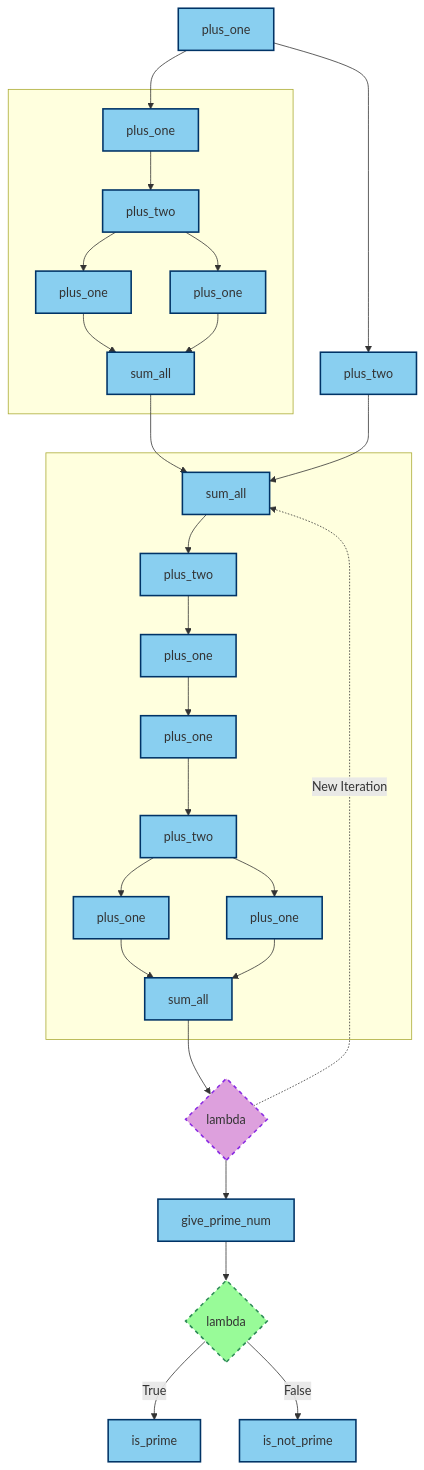
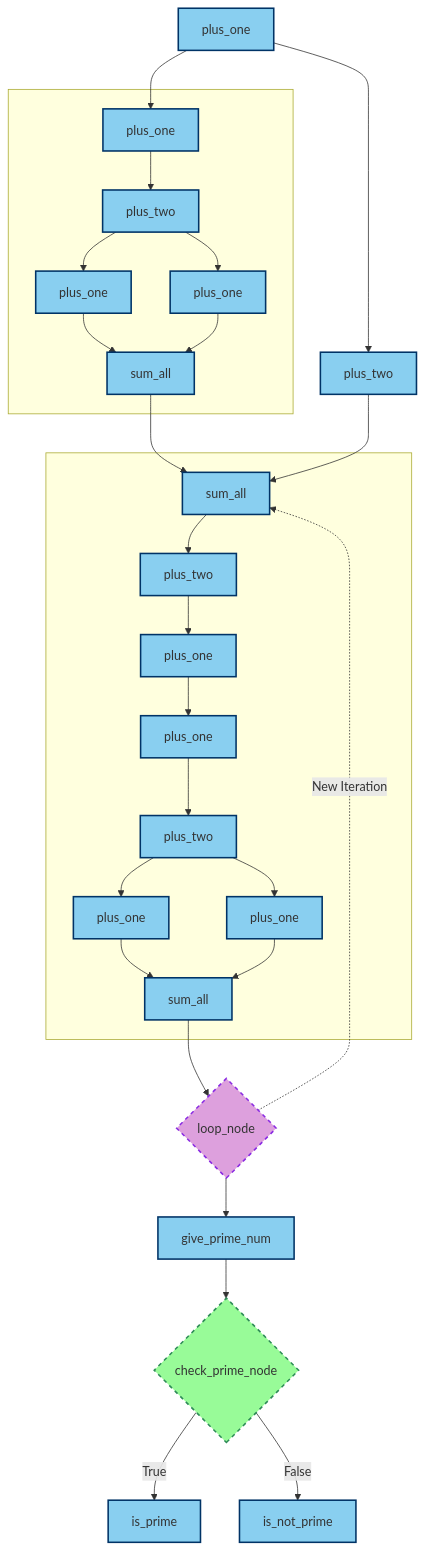
Before and after one commit to lf-data/streamgraph: the third of 3 diagrams in README.md, drawn with Mermaid. The commit also changed other lines of this file and 2 other files, not shown here.

Commit message:
added decorator for if and loop node, fixed readme file #7

````diff
--- a/README.md
+++ b/README.md
@@ -153,54 +163,54 @@
 ```mermaid
 flowchart TB;
 plus_one248[plus_one]:::rectangle;
 subgraph " ";
 plus_one251[plus_one]:::rectangle;
 plus_two252[plus_two]:::rectangle;
 plus_one251 --> plus_two252;
 plus_one254[plus_one]:::rectangle;
 plus_one255[plus_one]:::rectangle;
 plus_two252 --> plus_one254;
 plus_two252 --> plus_one255;
 sum_all256[sum_all]:::rectangle;
 plus_one254 --> sum_all256;
 plus_one255 --> sum_all256;
 end;
 plus_two257[plus_two]:::rectangle;
 plus_one248 --> plus_one251;
 plus_one248 --> plus_two257;
 subgraph " ";
 sum_all260[sum_all]:::rectangle;
 plus_two261[plus_two]:::rectangle;
 sum_all260 --> plus_two261;
 plus_one262[plus_one]:::rectangle;
 plus_two261 --> plus_one262;
 plus_one263[plus_one]:::rectangle;
 plus_one262 --> plus_one263;
 plus_two264[plus_two]:::rectangle;
 plus_one263 --> plus_two264;
 plus_one266[plus_one]:::rectangle;
 plus_one267[plus_one]:::rectangle;
 plus_two264 --> plus_one266;
 plus_two264 --> plus_one267;
 sum_all268[sum_all]:::rectangle;
 plus_one266 --> sum_all268;
 plus_one267 --> sum_all268;
 end;
 sum_all256 --> sum_all260;
 plus_two257 --> sum_all260;
-lambda258{lambda}:::diamond_loop;
-sum_all268 --> lambda258;
-lambda258 -. New Iteration .-> sum_all260;
+loop_node258{loop_node}:::diamond_loop;
+sum_all268 --> loop_node258;
+loop_node258 -. New Iteration .-> sum_all260;
 give_prime_num269[give_prime_num]:::rectangle;
-lambda258 --> give_prime_num269;
-lambda270{lambda}:::diamond;
-lambda270 -- True --> is_prime271;
-lambda270 -- False --> is_not_prime272;
+loop_node258 --> give_prime_num269;
+check_prime_node270{check_prime_node}:::diamond;
+check_prime_node270 -- True --> is_prime271;
+check_prime_node270 -- False --> is_not_prime272;
 is_prime271[is_prime]:::rectangle;
 is_not_prime272[is_not_prime]:::rectangle;
-give_prime_num269 --> lambda270;
+give_prime_num269 --> check_prime_node270;
 
 classDef rectangle fill:#89CFF0,stroke:#003366,stroke-width:2px;
 classDef diamond fill:#98FB98,stroke:#2E8B57,stroke-width:2px,stroke-dasharray: 5;
 classDef diamond_loop fill:#DDA0DD,stroke:#8A2BE2,stroke-width:2px,stroke-dasharray: 5;
 ```
````
